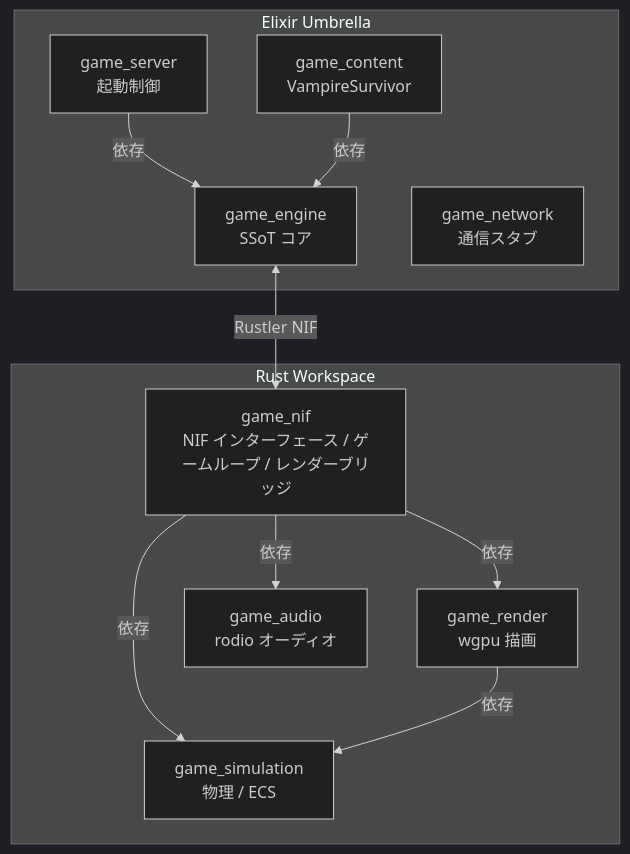
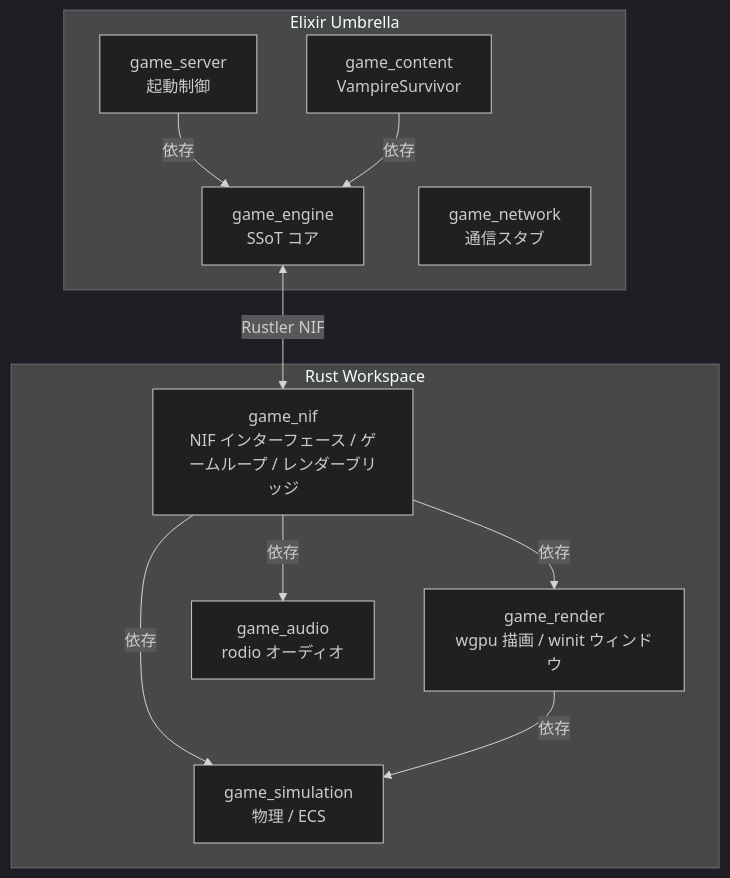
One commit to FRICK-ELDY/alchemy-engine changed the first of 3 diagrams in docs/architecture-overview.md. Above: the diagram before and after it, drawn with Mermaid (dark theme).

Commit message:
check ai

````diff
--- a/docs/architecture-overview.md
+++ b/docs/architecture-overview.md
@@ -14,24 +14,24 @@
 ```mermaid
 graph TB
     subgraph Elixir["Elixir Umbrella"]
         GS[game_server<br/>起動制御]
         GE[game_engine<br/>SSoT コア]
         GC[game_content<br/>VampireSurvivor]
         GN[game_network<br/>通信スタブ]
         GS -->|依存| GE
         GC -->|依存| GE
     end
 
     GE <-->|Rustler NIF| GNIF
 
     subgraph Rust["Rust Workspace"]
         GNIF[game_nif<br/>NIF インターフェース / ゲームループ / レンダーブリッジ]
         GSIM[game_simulation<br/>物理 / ECS]
-        GRENDER[game_render<br/>wgpu 描画]
+        GRENDER[game_render<br/>wgpu 描画 / winit ウィンドウ]
         GAUDIO[game_audio<br/>rodio オーディオ]
         GNIF -->|依存| GSIM
         GNIF -->|依存| GRENDER
         GNIF -->|依存| GAUDIO
         GRENDER -->|依存| GSIM
     end
 ```
````
